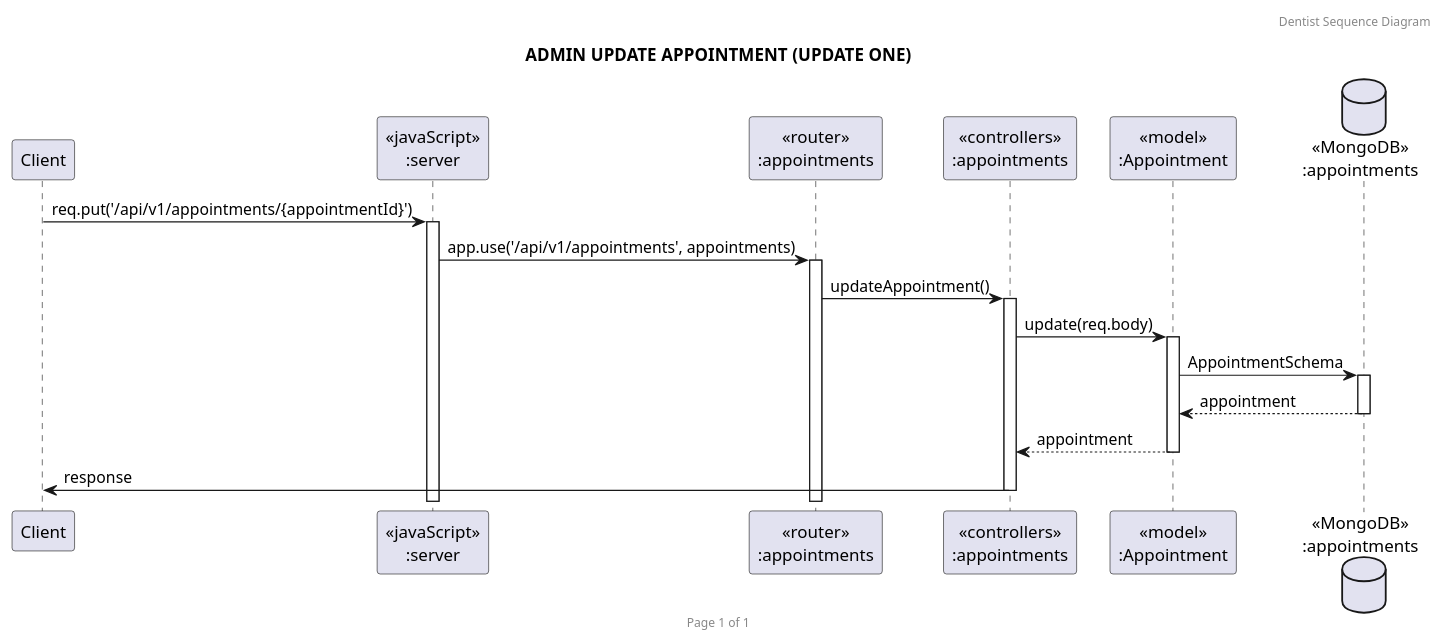
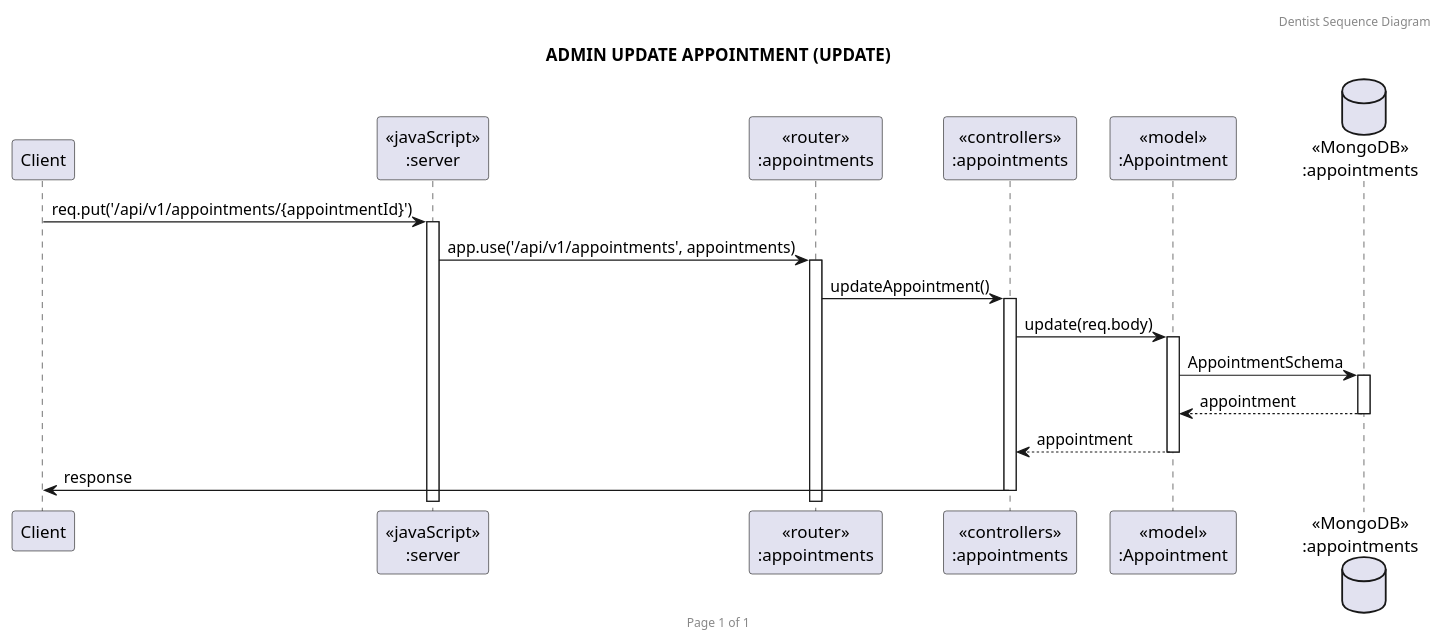
The diagram in puml/Sequence Diagram/8.Admin Update Appointment.puml (PePeKirika/Backend-Project-Dentist), drawn with PlantUML before and after one commit. The commit also changed 4 other files, not shown here.

```diff
--- a/puml/Sequence Diagram/8.Admin Update Appointment.puml
+++ b/puml/Sequence Diagram/8.Admin Update Appointment.puml
@@ -1,23 +1,23 @@
-@startuml ADMIN UPDATE APPOINTMENT (UPDATE ONE)
+@startuml ADMIN UPDATE APPOINTMENT (UPDATE)
 
 header Dentist Sequence Diagram
 footer Page %page% of %lastpage%
-title "ADMIN UPDATE APPOINTMENT (UPDATE ONE)"
+title "ADMIN UPDATE APPOINTMENT (UPDATE)"
 
 participant "Client" as client
 participant "<<javaScript>>\n:server" as server
 participant "<<router>>\n:appointments" as routerAppointments
 participant "<<controllers>>\n:appointments" as controllersAppointments
 participant "<<model>>\n:Appointment" as modelAppointment
 database "<<MongoDB>>\n:appointments" as AppointmentsDatabase
 
 client->server ++:req.put('/api/v1/appointments/{appointmentId}')
 server->routerAppointments ++:app.use('/api/v1/appointments', appointments)
 routerAppointments -> controllersAppointments ++:updateAppointment()
 controllersAppointments->modelAppointment ++:update(req.body)
 modelAppointment ->AppointmentsDatabase ++: AppointmentSchema
 AppointmentsDatabase --> modelAppointment --: appointment
 controllersAppointments <-- modelAppointment --:appointment
 controllersAppointments->client --:response
 
 @enduml
```
